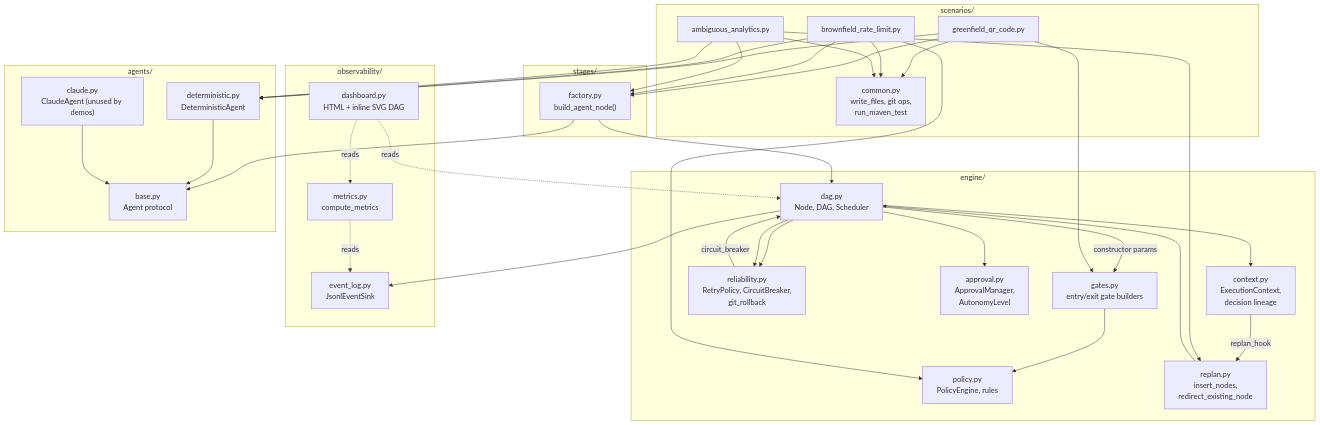
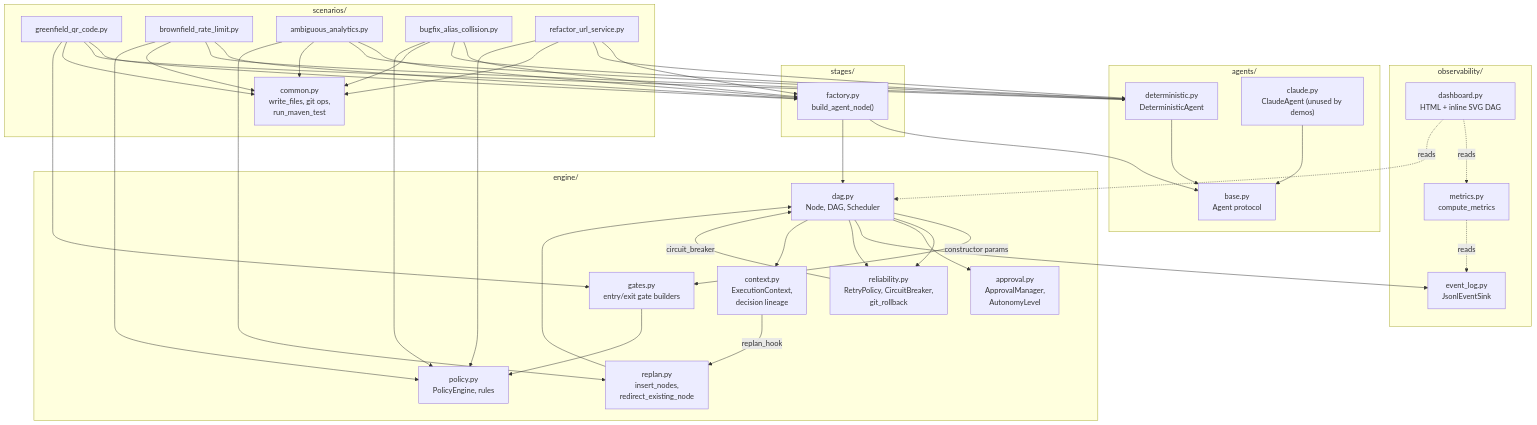
One commit to siddharthkela/url_shortener changed the first of 6 diagrams in orchestrator/ARCHITECTURE.md. Above: the diagram before and after it, drawn with Mermaid. The commit also changed other lines of this file and 3 other files, not shown here.

````diff
--- a/orchestrator/ARCHITECTURE.md
+++ b/orchestrator/ARCHITECTURE.md
@@ -5,69 +5,79 @@
 ```mermaid
 graph TB
     subgraph engine["engine/"]
         DAG["dag.py<br/>Node, DAG, Scheduler"]
         GATES["gates.py<br/>entry/exit gate builders"]
         POLICY["policy.py<br/>PolicyEngine, rules"]
         RELIABILITY["reliability.py<br/>RetryPolicy, CircuitBreaker,<br/>git_rollback"]
         APPROVAL["approval.py<br/>ApprovalManager,<br/>AutonomyLevel"]
         REPLAN["replan.py<br/>insert_nodes,<br/>redirect_existing_node"]
         CONTEXT["context.py<br/>ExecutionContext,<br/>decision lineage"]
     end
 
     subgraph observability["observability/"]
         EVENTLOG["event_log.py<br/>JsonlEventSink"]
         METRICS["metrics.py<br/>compute_metrics"]
         DASHBOARD["dashboard.py<br/>HTML + inline SVG DAG"]
     end
 
     subgraph agents["agents/"]
         BASE["base.py<br/>Agent protocol"]
         DETERMINISTIC["deterministic.py<br/>DeterministicAgent"]
         CLAUDE["claude.py<br/>ClaudeAgent (unused by demos)"]
     end
 
     subgraph stages["stages/"]
         FACTORY["factory.py<br/>build_agent_node()"]
     end
 
     subgraph scenarios["scenarios/"]
         COMMON["common.py<br/>write_files, git ops,<br/>run_maven_test"]
         GREENFIELD["greenfield_qr_code.py"]
         BROWNFIELD["brownfield_rate_limit.py"]
         AMBIGUOUS["ambiguous_analytics.py"]
+        BUGFIX["bugfix_alias_collision.py"]
+        REFACTOR["refactor_url_service.py"]
     end
 
     DAG -->|constructor params| GATES
     DAG --> RELIABILITY
     DAG --> APPROVAL
     DAG --> EVENTLOG
     DAG --> RELIABILITY
     RELIABILITY -->|circuit_breaker| DAG
     DAG --> CONTEXT
     CONTEXT -->|replan_hook| REPLAN
     REPLAN --> DAG
 
     GATES --> POLICY
 
     FACTORY --> BASE
     FACTORY --> DAG
     DETERMINISTIC --> BASE
     CLAUDE --> BASE
 
     GREENFIELD --> FACTORY
     GREENFIELD --> DETERMINISTIC
     GREENFIELD --> COMMON
     GREENFIELD --> GATES
     BROWNFIELD --> FACTORY
     BROWNFIELD --> DETERMINISTIC
     BROWNFIELD --> COMMON
     BROWNFIELD --> POLICY
     AMBIGUOUS --> FACTORY
     AMBIGUOUS --> DETERMINISTIC
     AMBIGUOUS --> COMMON
     AMBIGUOUS --> REPLAN
+    BUGFIX --> FACTORY
+    BUGFIX --> DETERMINISTIC
+    BUGFIX --> COMMON
+    BUGFIX --> POLICY
+    REFACTOR --> FACTORY
+    REFACTOR --> DETERMINISTIC
+    REFACTOR --> COMMON
+    REFACTOR --> POLICY
 
     METRICS -.reads.-> EVENTLOG
     DASHBOARD -.reads.-> METRICS
     DASHBOARD -.reads.-> DAG
 ```
````
